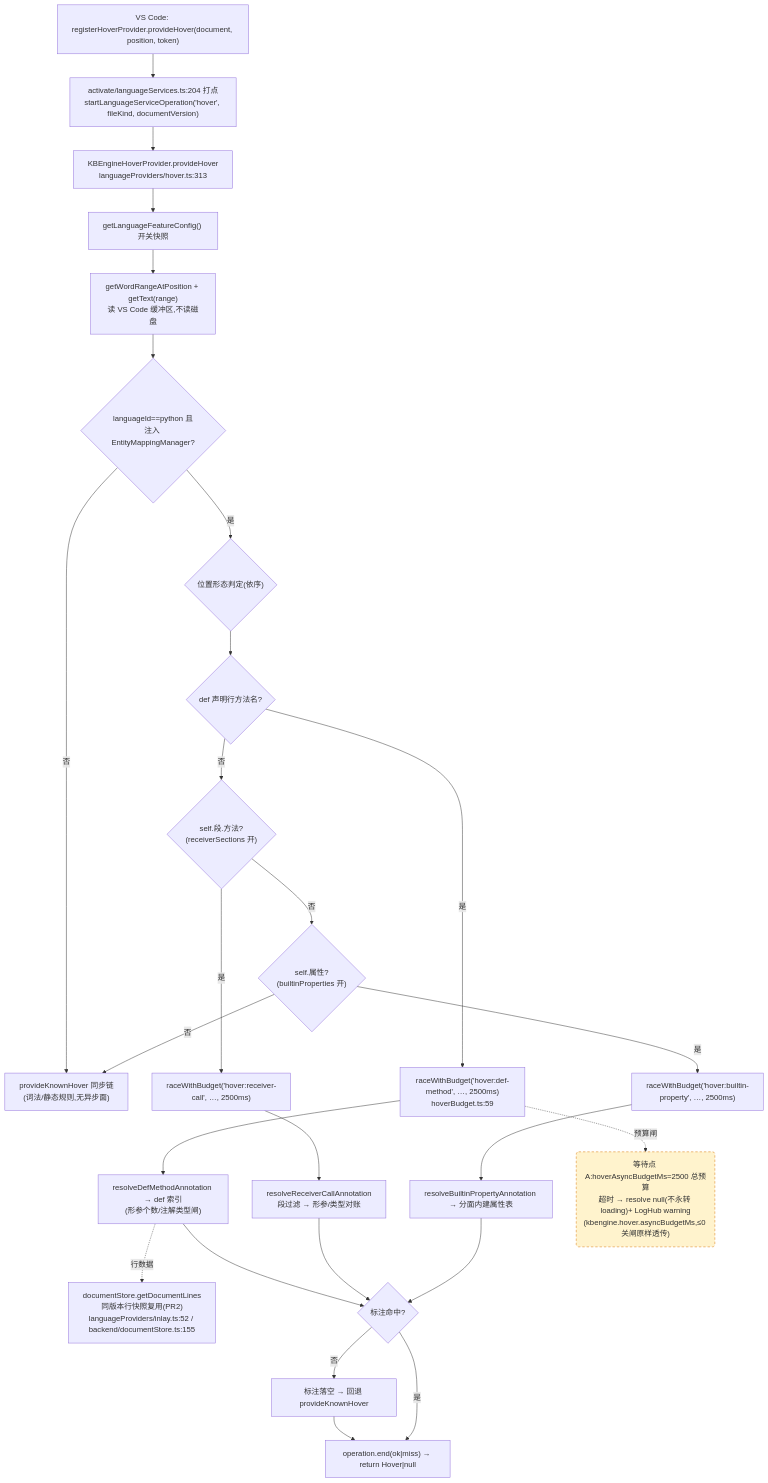
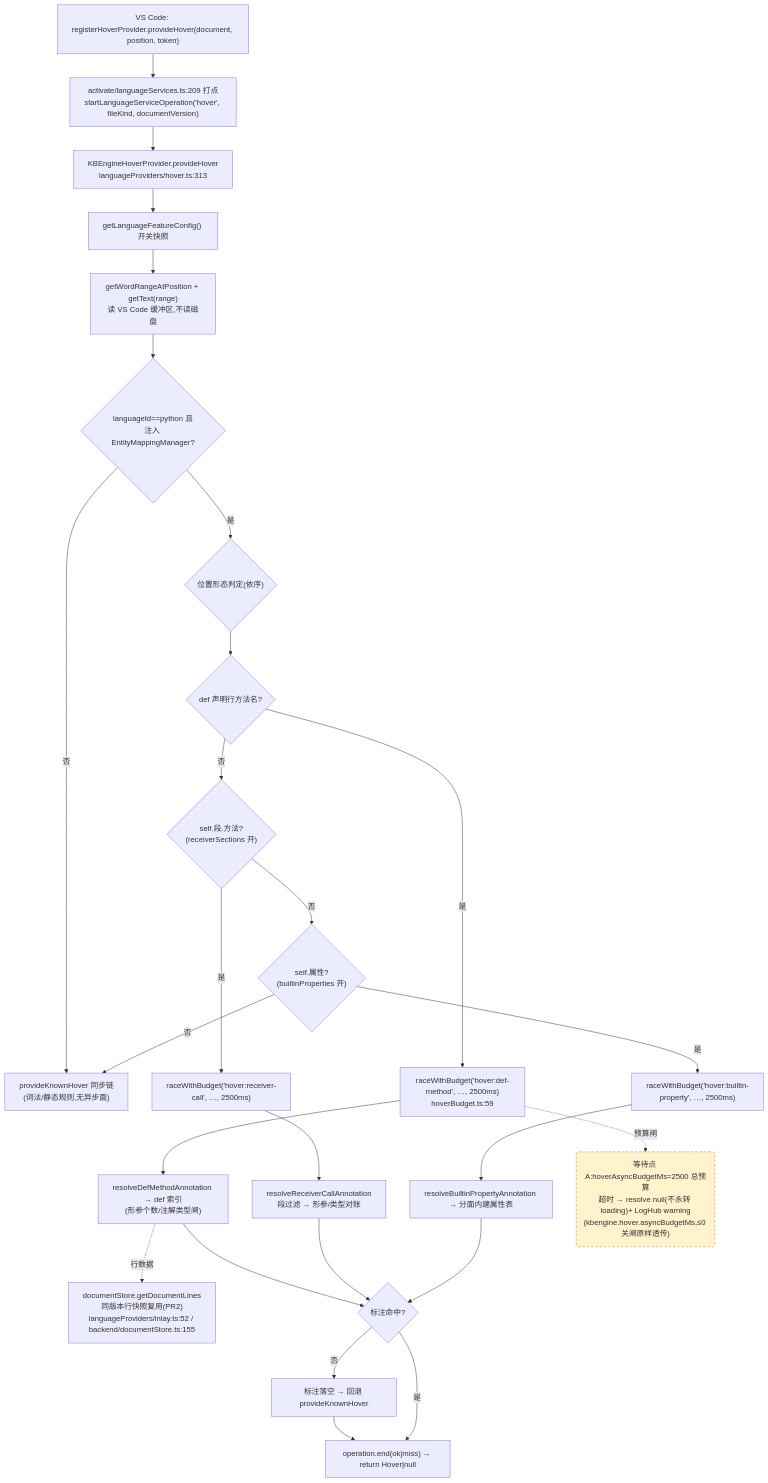
Before and after one commit to cuihairu/kode: the first of 4 diagrams in docs/perf/2026-baseline.md, drawn with Mermaid. The commit also changed other lines of this file and 15 other files, not shown here.

````diff
--- a/docs/perf/2026-baseline.md
+++ b/docs/perf/2026-baseline.md
@@ -96,45 +97,45 @@
 ```mermaid
 flowchart TD
   VC1["VS Code: registerHoverProvider.provideHover(document, position, token)"]
-  M1["activate/languageServices.ts:204 打点<br/>startLanguageServiceOperation('hover', fileKind, documentVersion)"]
+  M1["activate/languageServices.ts:209 打点<br/>startLanguageServiceOperation('hover', fileKind, documentVersion)"]
   HP["KBEngineHoverProvider.provideHover<br/>languageProviders/hover.ts:313"]
   CFG["getLanguageFeatureConfig() 开关快照"]
   WORD["getWordRangeAtPosition + getText(range)<br/>读 VS Code 缓冲区,不读磁盘"]
   BR{"languageId==python 且<br/>注入 EntityMappingManager?"}
   KN["provideKnownHover 同步链<br/>(词法/静态规则,无异步面)"]
   POS{"位置形态判定(依序)"}
   D1{"def 声明行方法名?"}
   D2{"self.段.方法?<br/>(receiverSections 开)"}
   D3{"self.属性?<br/>(builtinProperties 开)"}
   RA1["raceWithBudget('hover:def-method', …, 2500ms)<br/>hoverBudget.ts:59"]
   RA2["raceWithBudget('hover:receiver-call', …, 2500ms)"]
   RA3["raceWithBudget('hover:builtin-property', …, 2500ms)"]
   RS1["resolveDefMethodAnnotation → def 索引<br/>(形参个数/注解类型闸)"]
   RS2["resolveReceiverCallAnnotation<br/>段过滤 → 形参/类型对账"]
   RS3["resolveBuiltinPropertyAnnotation → 分面内建属性表"]
   LINES["documentStore.getDocumentLines<br/>同版本行快照复用(PR2)<br/>languageProviders/inlay.ts:52 / backend/documentStore.ts:155"]
   MISS["标注落空 → 回退 provideKnownHover"]
   END1["operation.end(ok|miss) → return Hover|null"]
 
   VC1 --> M1 --> HP --> CFG --> WORD --> BR
   BR -- "否" --> KN
   BR -- "是" --> POS --> D1
   D1 -- "是" --> RA1 --> RS1
   D1 -- "否" --> D2
   D2 -- "是" --> RA2 --> RS2
   D2 -- "否" --> D3
   D3 -- "是" --> RA3 --> RS3
   D3 -- "否" --> KN
   RS1 --> HIT{"标注命中?"}
   RS2 --> HIT
   RS3 --> HIT
   RS1 -.->|行数据| LINES
   HIT -- "否" --> MISS --> END1
   HIT -- "是" --> END1
 
   WAITA("等待点 A:hoverAsyncBudgetMs=2500 总预算<br/>超时 → resolve null(不永转 loading)+ LogHub warning<br/>(kbengine.hover.asyncBudgetMs,≤0 关闸原样透传)")
   RA1 -.->|预算闸| WAITA
 
   classDef waitPoint fill:#fff3cd,stroke:#d97706,stroke-dasharray:5 4;
   class WAITA waitPoint;
 ```
````
